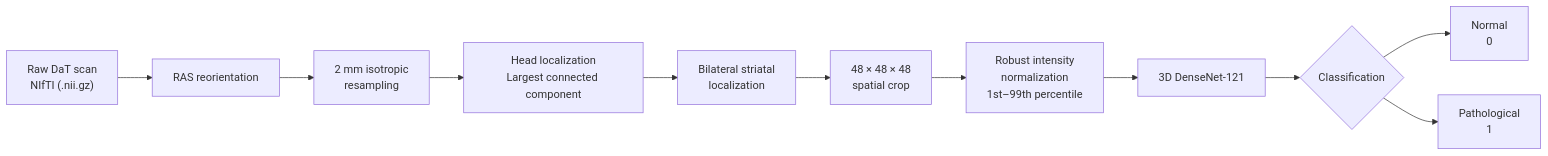
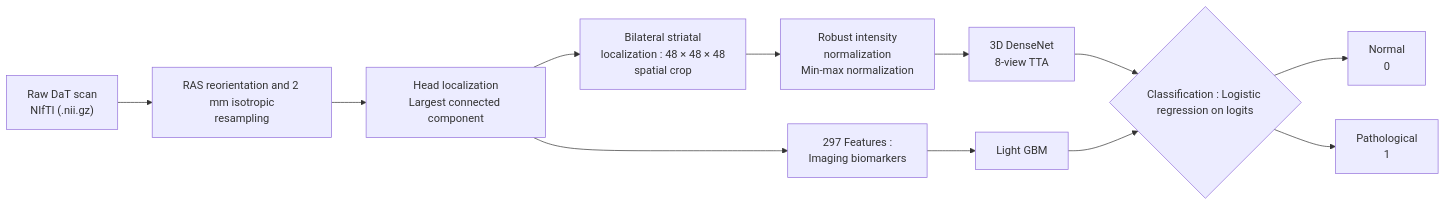
One commit to Robenson-Muscat/DaTParkinson changed the diagram in README.md. Above: the diagram before and after it, drawn with Mermaid.

Commit message:
Update pipeline scheme

````diff
--- a/README.md
+++ b/README.md
@@ -142,14 +142,15 @@
 ```mermaid
 flowchart LR
     A["Raw DaT scan<br/>NIfTI (.nii.gz)"] 
-    --> B["RAS reorientation"]
-    --> C["2 mm isotropic<br/>resampling"]
+    --> B["RAS reorientation and 2 mm isotropic<br/>resampling"]
     --> D["Head localization<br/>Largest connected component"]
-    --> E["Bilateral striatal<br/>localization"]
-    --> F["48 × 48 × 48<br/>spatial crop"]
-    --> G["Robust intensity<br/>normalization<br/>1st–99th percentile"]
-    --> H["3D DenseNet-121"]
-    --> I{"Classification"}
+    D--> E["297 Features :<br/> Imaging biomarkers"]
+    E-->F1["Light GBM"]
+    D--> F2["Bilateral striatal<br/>localization : 48 × 48 × 48<br/>spatial crop"]
+    --> G["Robust intensity<br/>normalization<br/>Min-max normalization"]
+    --> H["3D DenseNet<br/> 8-view TTA"]
+    --> I{"Classification : Logistic regression on logits"}
+    F1-->I
     --> J["Normal<br/>0"]
     I --> K["Pathological<br/>1"]
 ```
````
